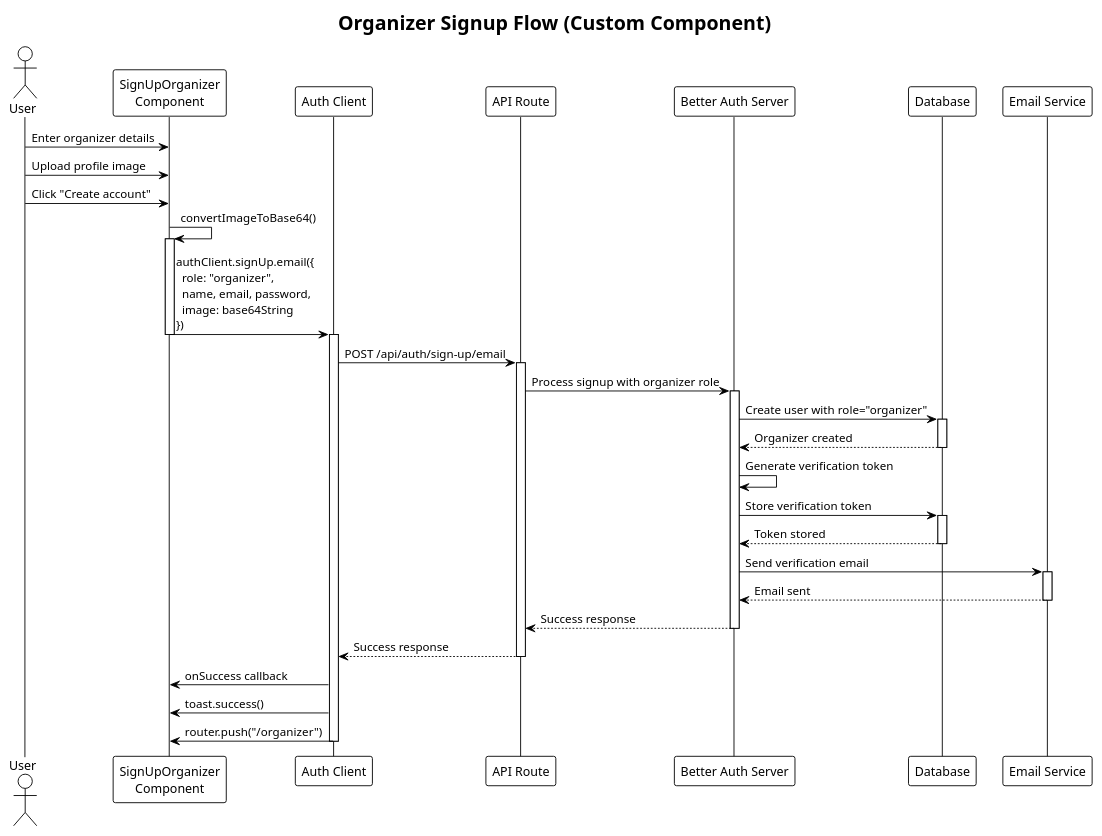
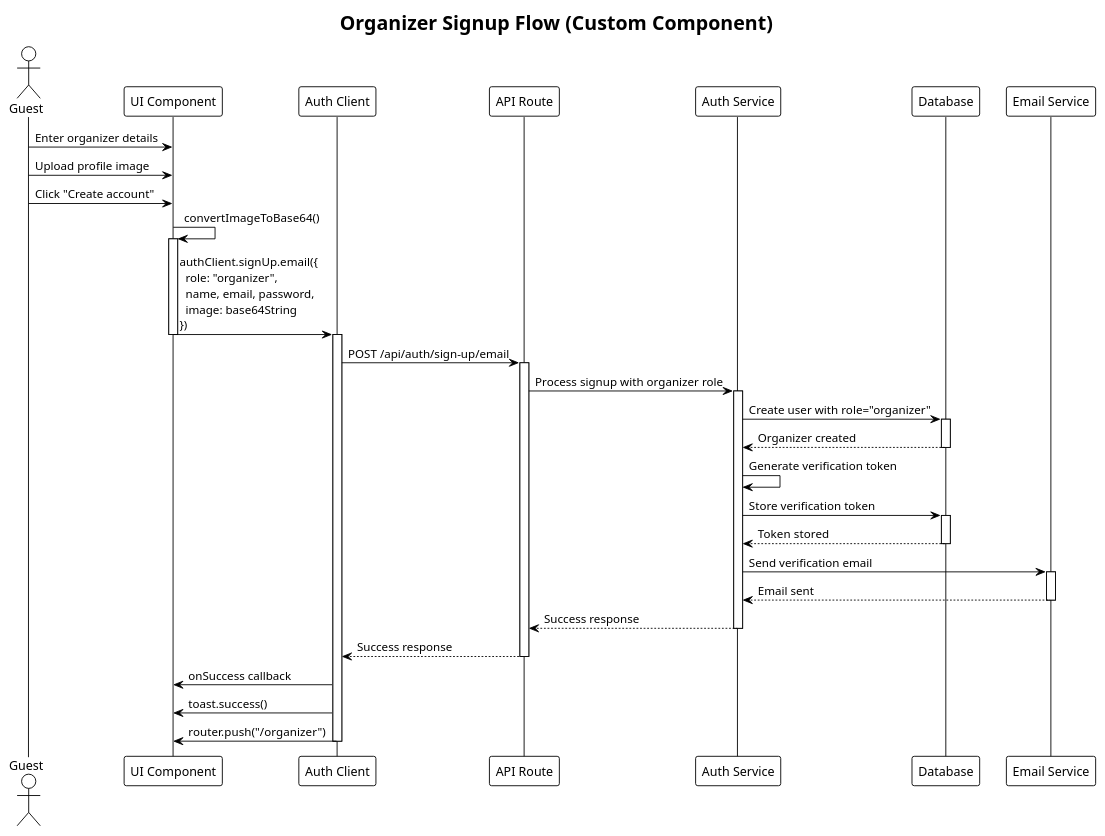
The fourth of 8 diagrams in puml/auth.puml (VieTicket/vieticket-monorepo), drawn with PlantUML before and after one commit. The commit also changed other lines of this file and 4 other files, not shown here.

Commit message:
[OPS-28] seq diagram for seatmap

```diff
--- a/puml/auth.puml
+++ b/puml/auth.puml
@@ -196,57 +196,57 @@
 @startuml organizer-signup
 !theme plain
 title Organizer Signup Flow (Custom Component)
 
-actor User
-participant "SignUpOrganizer\nComponent" as UI
+actor Guest
+participant "UI Component" as UI
 participant "Auth Client" as Client
 participant "API Route" as API
-participant "Better Auth Server" as Auth
+participant "Auth Service" as Auth
 participant "Database" as DB
 participant "Email Service" as Email
 
-User -> UI: Enter organizer details
-User -> UI: Upload profile image
-User -> UI: Click "Create account"
+Guest -> UI: Enter organizer details
+Guest -> UI: Upload profile image
+Guest -> UI: Click "Create account"
 
 UI -> UI: convertImageToBase64()
 activate UI
 
 UI -> Client: authClient.signUp.email({\n  role: "organizer",\n  name, email, password,\n  image: base64String\n})
 deactivate UI
 activate Client
 
 Client -> API: POST /api/auth/sign-up/email
 activate API
 
 API -> Auth: Process signup with organizer role
 activate Auth
 
 Auth -> DB: Create user with role="organizer"
 activate DB
 DB --> Auth: Organizer created
 deactivate DB
 
 Auth -> Auth: Generate verification token
 Auth -> DB: Store verification token
 activate DB
 DB --> Auth: Token stored
 deactivate DB
 
 Auth -> Email: Send verification email
 activate Email
 Email --> Auth: Email sent
 deactivate Email
 
 Auth --> API: Success response
 deactivate Auth
 
 API --> Client: Success response
 deactivate API
 
 Client -> UI: onSuccess callback
 Client -> UI: toast.success()
 Client -> UI: router.push("/organizer")
 deactivate Client
 
 @enduml
```
